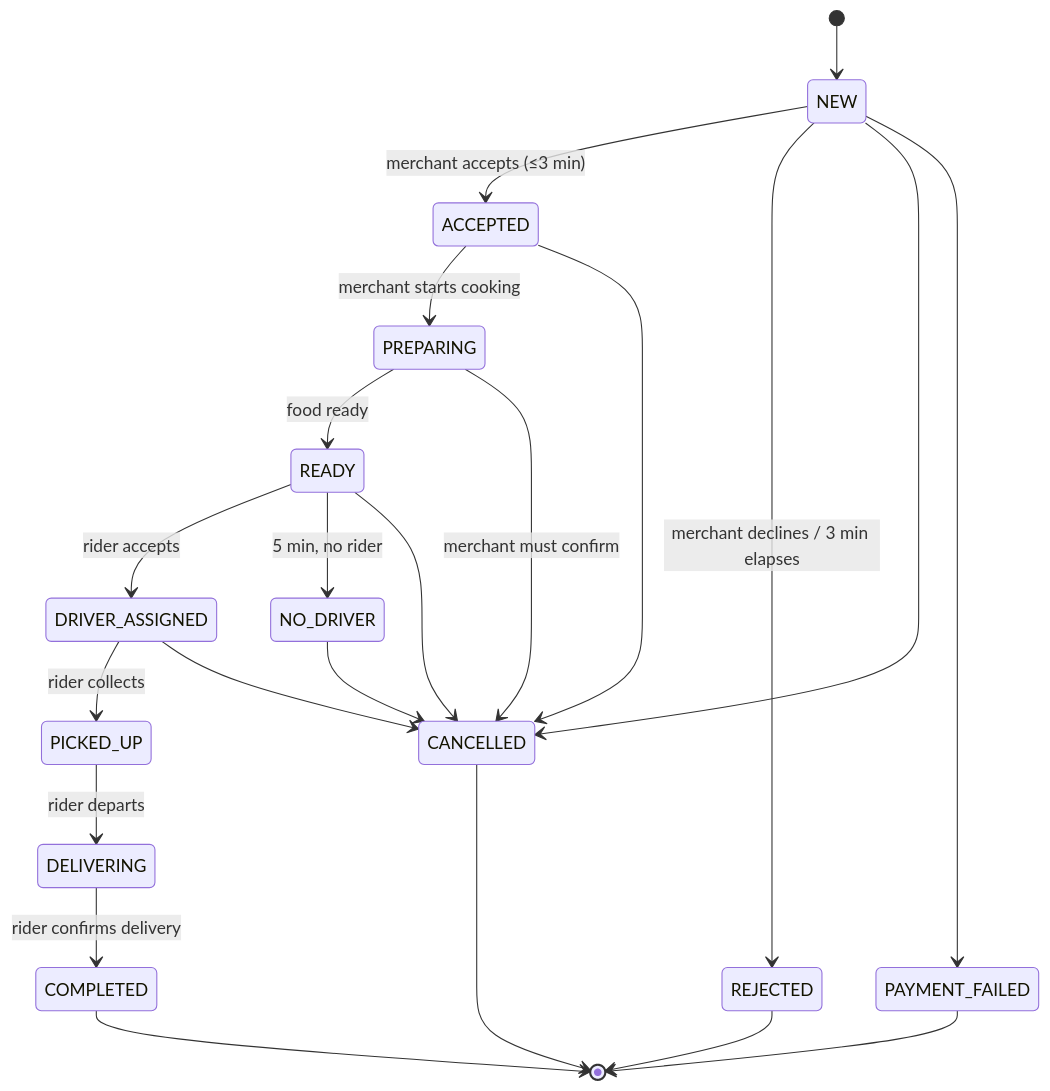
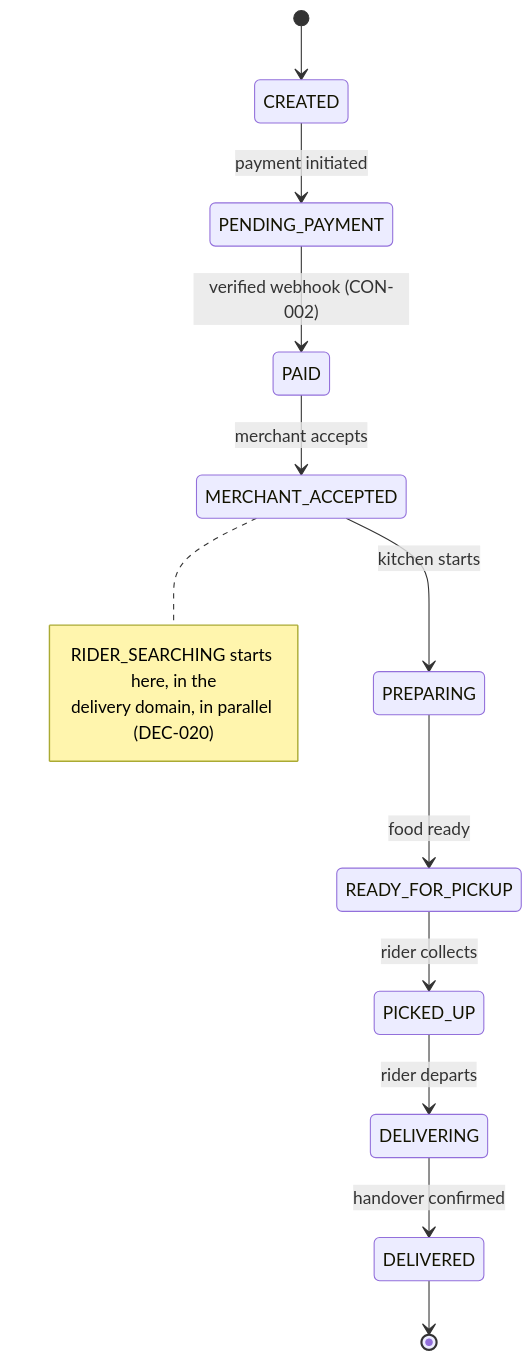
One commit to kmandev/banhao-design changed the second of 3 diagrams in docs/ORDER_LIFECYCLE.md. Above: the diagram before and after it, drawn with Mermaid. The commit also changed other lines of this file and 18 other files, not shown here.

````diff
--- a/docs/ORDER_LIFECYCLE.md
+++ b/docs/ORDER_LIFECYCLE.md
@@ -58,24 +78,18 @@
 ```mermaid
 stateDiagram-v2
-    [*] --> NEW
-    NEW --> ACCEPTED : merchant accepts (≤3 min)
-    NEW --> REJECTED : merchant declines / 3 min elapses
-    ACCEPTED --> PREPARING : merchant starts cooking
-    PREPARING --> READY : food ready
-    READY --> DRIVER_ASSIGNED : rider accepts
-    READY --> NO_DRIVER : 5 min, no rider
-    DRIVER_ASSIGNED --> PICKED_UP : rider collects
+    [*] --> CREATED
+    CREATED --> PENDING_PAYMENT : payment initiated
+    PENDING_PAYMENT --> PAID : verified webhook (CON-002)
+    PAID --> MERCHANT_ACCEPTED : merchant accepts
+    MERCHANT_ACCEPTED --> PREPARING : kitchen starts
+    PREPARING --> READY_FOR_PICKUP : food ready
+    READY_FOR_PICKUP --> PICKED_UP : rider collects
     PICKED_UP --> DELIVERING : rider departs
-    DELIVERING --> COMPLETED : rider confirms delivery
-    NEW --> CANCELLED
-    ACCEPTED --> CANCELLED
-    PREPARING --> CANCELLED : merchant must confirm
-    READY --> CANCELLED
-    DRIVER_ASSIGNED --> CANCELLED
-    NO_DRIVER --> CANCELLED
-    NEW --> PAYMENT_FAILED
-    COMPLETED --> [*]
-    REJECTED --> [*]
-    CANCELLED --> [*]
-    PAYMENT_FAILED --> [*]
+    DELIVERING --> DELIVERED : handover confirmed
+    DELIVERED --> [*]
+
+    note right of MERCHANT_ACCEPTED
+        RIDER_SEARCHING starts here, in the
+        delivery domain, in parallel (DEC-020)
+    end note
 ```
````
